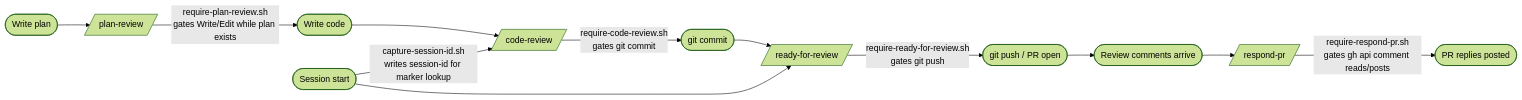
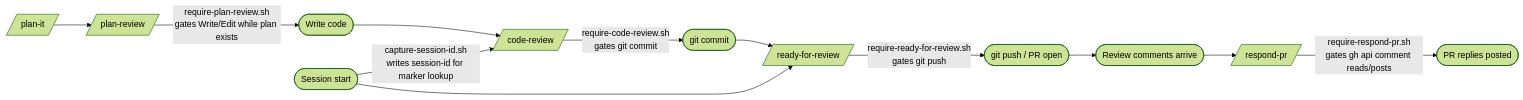
The diagram in README.md (jcdendrite/claude-config), drawn with Mermaid (forest theme) before and after one commit. The commit also changed other lines of this file and 2 other files, not shown here.

````diff
--- a/README.md
+++ b/README.md
@@ -38,15 +38,15 @@
 ```mermaid
 flowchart LR
-    A([Write plan]) --> B[/plan-review/]
+    A[/plan-it/] --> B[/plan-review/]
     B -->|"require-plan-review.sh\ngates Write/Edit while plan exists"| C([Write code])
     C --> D[/code-review/]
     D -->|"require-code-review.sh\ngates git commit"| E([git commit])
     E --> F[/ready-for-review/]
     F -->|"require-ready-for-review.sh\ngates git push"| G([git push / PR open])
     G --> H([Review comments arrive])
     H --> I[/respond-pr/]
     I -->|"require-respond-pr.sh\ngates gh api comment reads/posts"| J([PR replies posted])
 
     K([Session start]) -->|"capture-session-id.sh\nwrites session-id for marker lookup"| D
     K --> F
 ```
````
